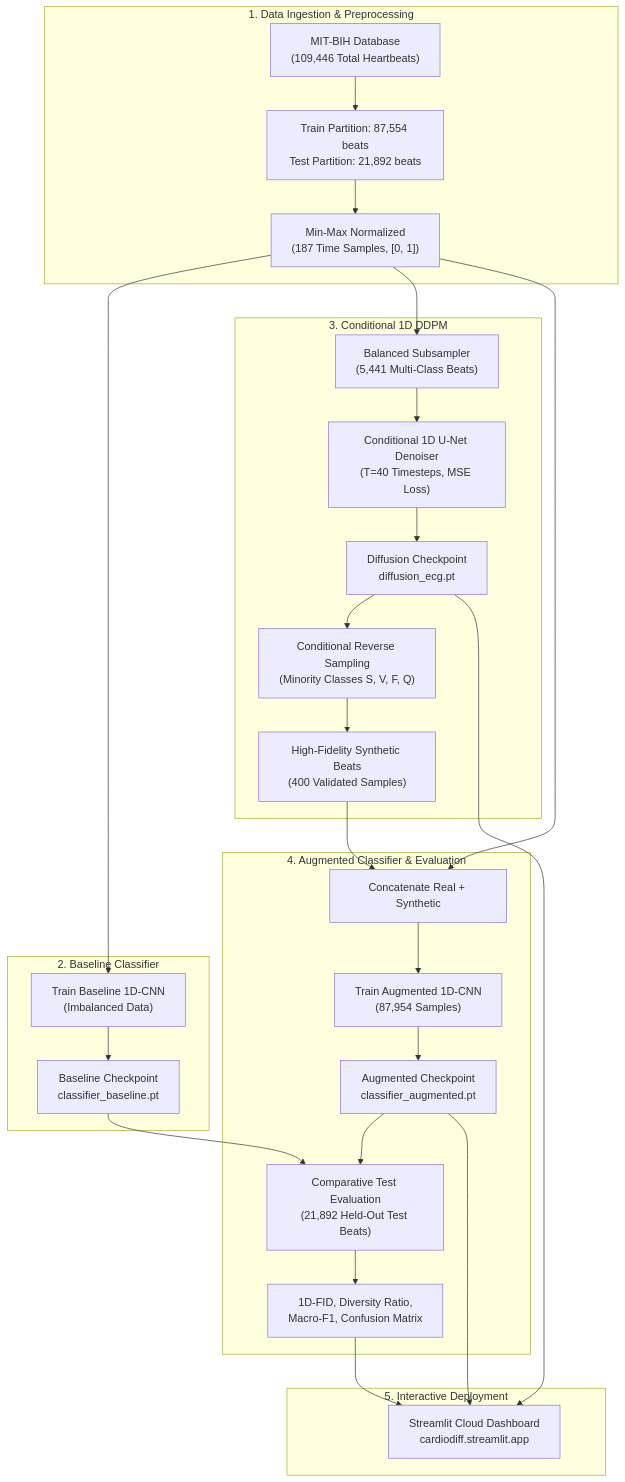
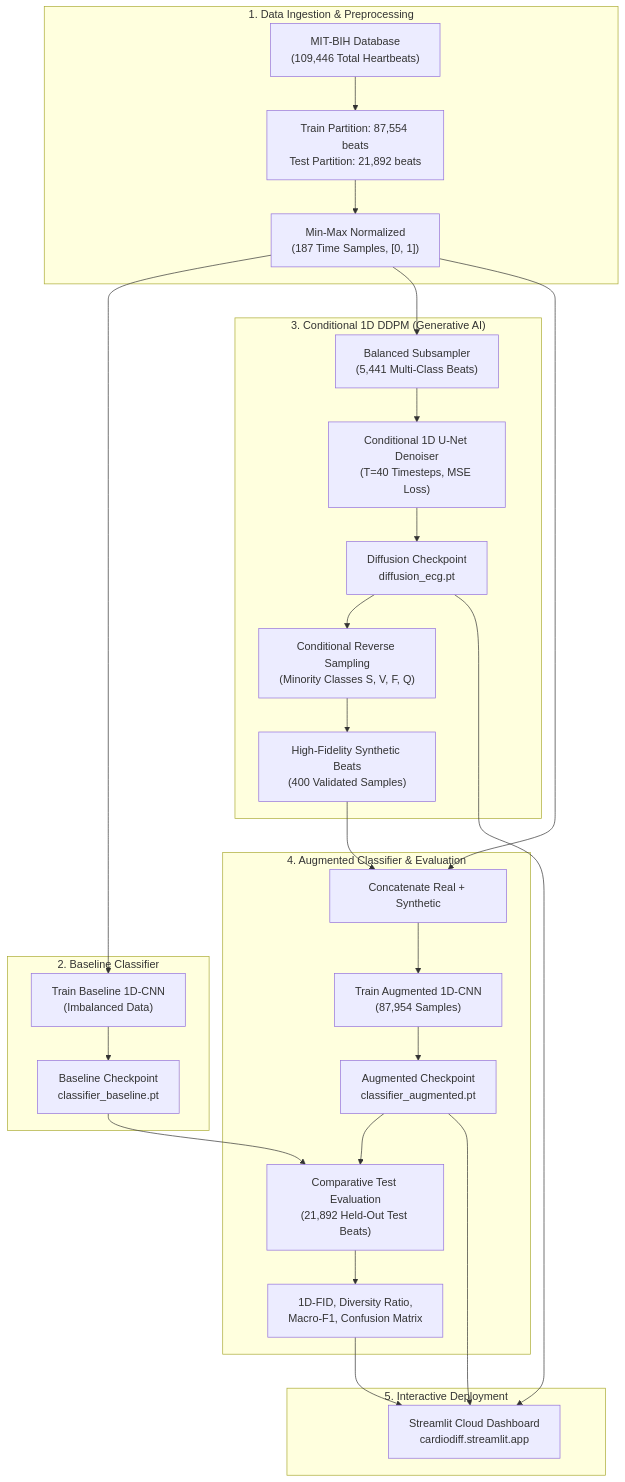
The first of 3 diagrams in PROJECT_REPORT.md (varshil-nvm/cardiodiff), drawn with Mermaid before and after one commit. The commit also changed other lines of this file and 3 other files, not shown here.

````diff
--- a/PROJECT_REPORT.md
+++ b/PROJECT_REPORT.md
@@ -194,34 +207,34 @@
 ```mermaid
 flowchart TD
     subgraph Data_Pipeline ["1. Data Ingestion & Preprocessing"]
         A["MIT-BIH Database<br/>(109,446 Total Heartbeats)"] --> B["Train Partition: 87,554 beats<br/>Test Partition: 21,892 beats"]
         B --> C["Min-Max Normalized<br/>(187 Time Samples, [0, 1])"]
     end
 
     subgraph Baseline_Stage ["2. Baseline Classifier"]
         C --> D["Train Baseline 1D-CNN<br/>(Imbalanced Data)"]
         D --> E["Baseline Checkpoint<br/>classifier_baseline.pt"]
     end
 
-    subgraph Diffusion_Stage ["3. Conditional 1D DDPM"]
+    subgraph Diffusion_Stage ["3. Conditional 1D DDPM (Generative AI)"]
         C --> F["Balanced Subsampler<br/>(5,441 Multi-Class Beats)"]
         F --> G["Conditional 1D U-Net Denoiser<br/>(T=40 Timesteps, MSE Loss)"]
         G --> H["Diffusion Checkpoint<br/>diffusion_ecg.pt"]
         H --> I["Conditional Reverse Sampling<br/>(Minority Classes S, V, F, Q)"]
         I --> J["High-Fidelity Synthetic Beats<br/>(400 Validated Samples)"]
     end
 
     subgraph Augmented_Stage ["4. Augmented Classifier & Evaluation"]
         C --> K["Concatenate Real + Synthetic"]
         J --> K
         K --> L["Train Augmented 1D-CNN<br/>(87,954 Samples)"]
         L --> M["Augmented Checkpoint<br/>classifier_augmented.pt"]
         E --> N["Comparative Test Evaluation<br/>(21,892 Held-Out Test Beats)"]
         M --> N
         N --> O["1D-FID, Diversity Ratio,<br/>Macro-F1, Confusion Matrix"]
     end
 
     subgraph Cloud_Deployment ["5. Interactive Deployment"]
         M & H & O --> P["Streamlit Cloud Dashboard<br/>cardiodiff.streamlit.app"]
     end
 ```
````
